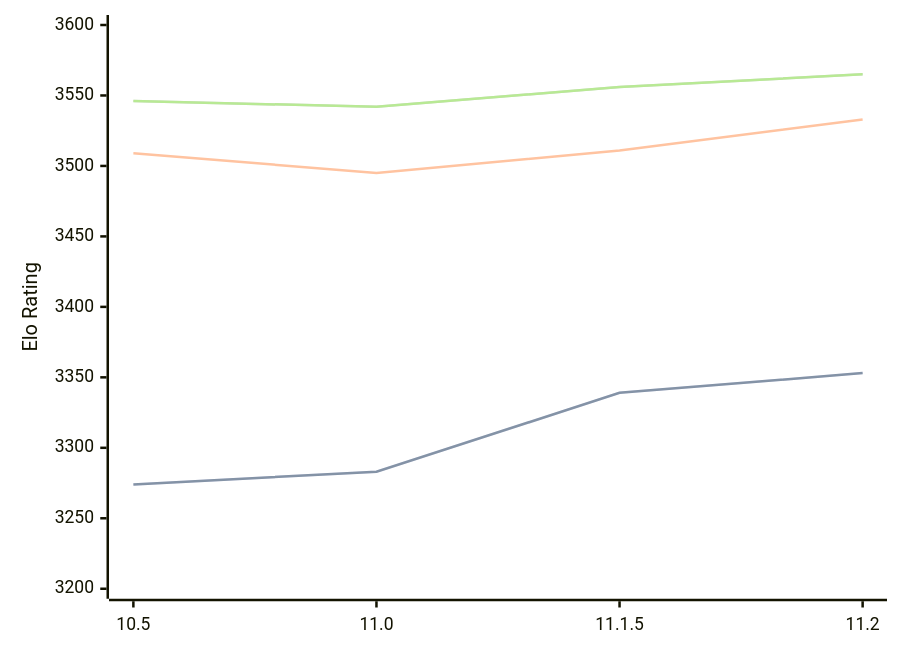
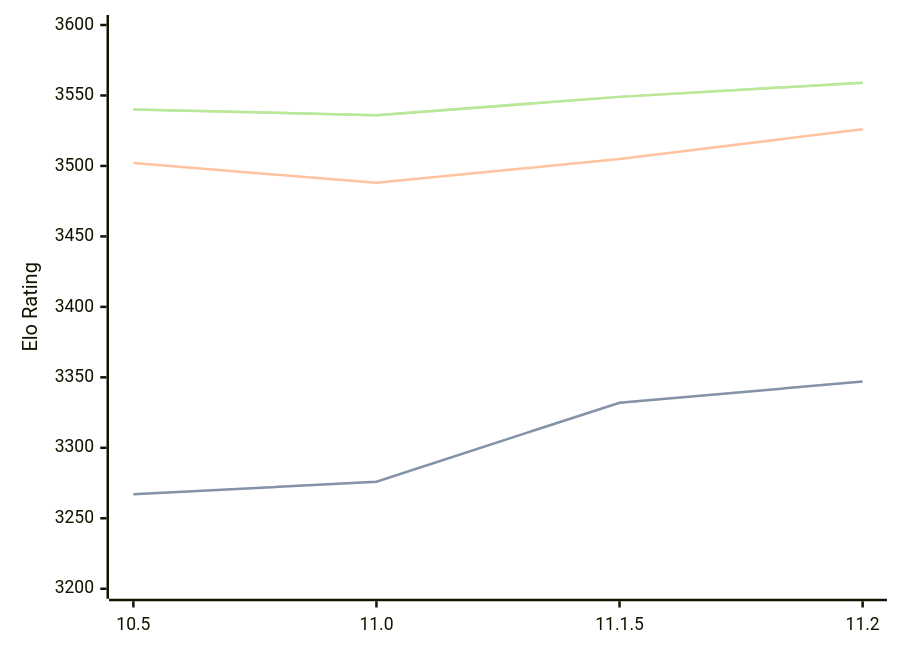
Before and after one commit to computer-chess-index/cci: the diagram in engines/Lizard.md, drawn with Mermaid. The commit also changed other lines of this file, not shown here.

Commit message:
Update CCI Ratings (ELO VLTC) - 2026-05-18

````diff
--- a/engines/Lizard.md
+++ b/engines/Lizard.md
@@ -46,11 +46,11 @@
 ```mermaid
 %%{init: {"theme":"base","themeVariables":{"seriesColors:['#a3a3a3','#222221','#faa371']}}}%%
 xychart-beta
   x-axis ["10.5", "11.0", "11.1.5", "11.2"]
   y-axis "Elo Rating" 3200 --> 3600
-  line "STC (8.0+0.08s)" [3274, 3283, 3339, 3353]
-  line "STC (8.0+0.08s)" [3274, 3283, 3339, 3353]
-  line "LTC (60.0+0.60s)" [3509, 3495, 3511, 3533]
-  line "VLTC (2m24s+1.12s)" [3546, 3542, 3556, 3565]
-  line "VLTC (2m24s+1.12s)" [3546, 3542, 3556, 3565]
+  line "STC (8.0+0.08s)" [3267, 3276, 3332, 3347]
+  line "STC (8.0+0.08s)" [3267, 3276, 3332, 3347]
+  line "LTC (60.0+0.60s)" [3502, 3488, 3505, 3526]
+  line "VLTC (2m24s+1.12s)" [3540, 3536, 3549, 3559]
+  line "VLTC (2m24s+1.12s)" [3540, 3536, 3549, 3559]
 ```
````
